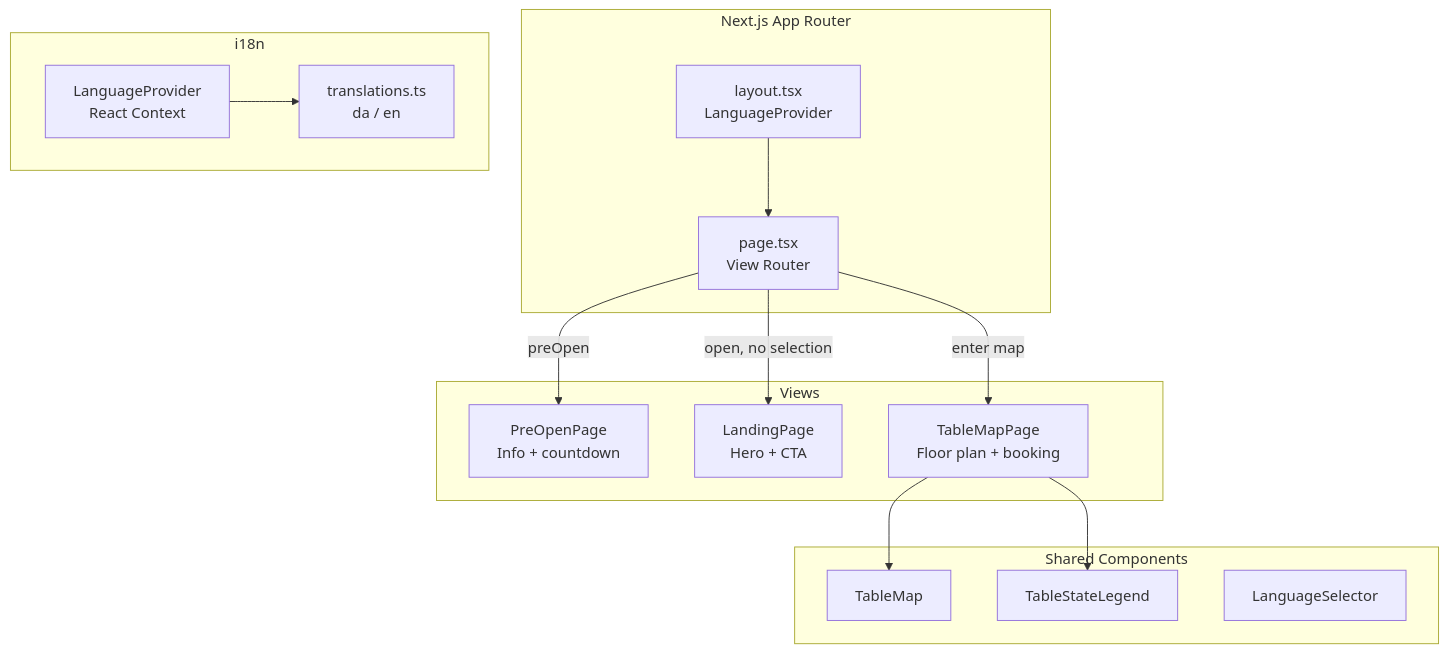
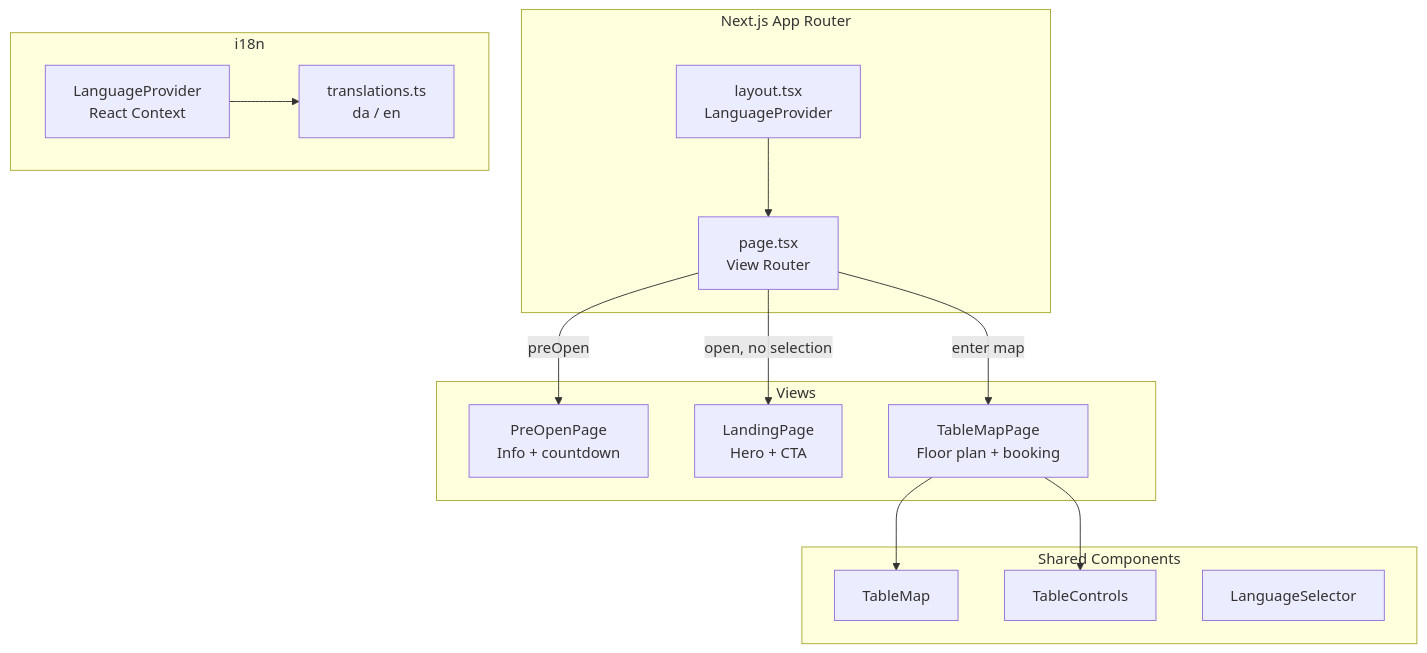
The second of 7 diagrams in docs/architecture.md (ammonl/loppemarked), drawn with Mermaid before and after one commit. The commit also changed other lines of this file and 26 other files, not shown here.

````diff
--- a/docs/architecture.md
+++ b/docs/architecture.md
@@ -40,32 +40,32 @@
 ```mermaid
 graph TB
     subgraph "Next.js App Router"
         LAYOUT[layout.tsx<br/>LanguageProvider]
         PAGE[page.tsx<br/>View Router]
     end
 
     subgraph Views
         PRE[PreOpenPage<br/>Info + countdown]
         LAND[LandingPage<br/>Hero + CTA]
         MAP[TableMapPage<br/>Floor plan + booking]
     end
 
     subgraph "Shared Components"
         TM[TableMap]
-        TSL[TableStateLegend]
+        TC[TableControls]
         LS[LanguageSelector]
     end
 
     subgraph "i18n"
         LP[LanguageProvider<br/>React Context]
         TR[translations.ts<br/>da / en]
     end
 
     LAYOUT --> PAGE
     PAGE -->|preOpen| PRE
     PAGE -->|open, no selection| LAND
     PAGE -->|enter map| MAP
     MAP --> TM
-    MAP --> TSL
+    MAP --> TC
     LP --> TR
 ```
````
